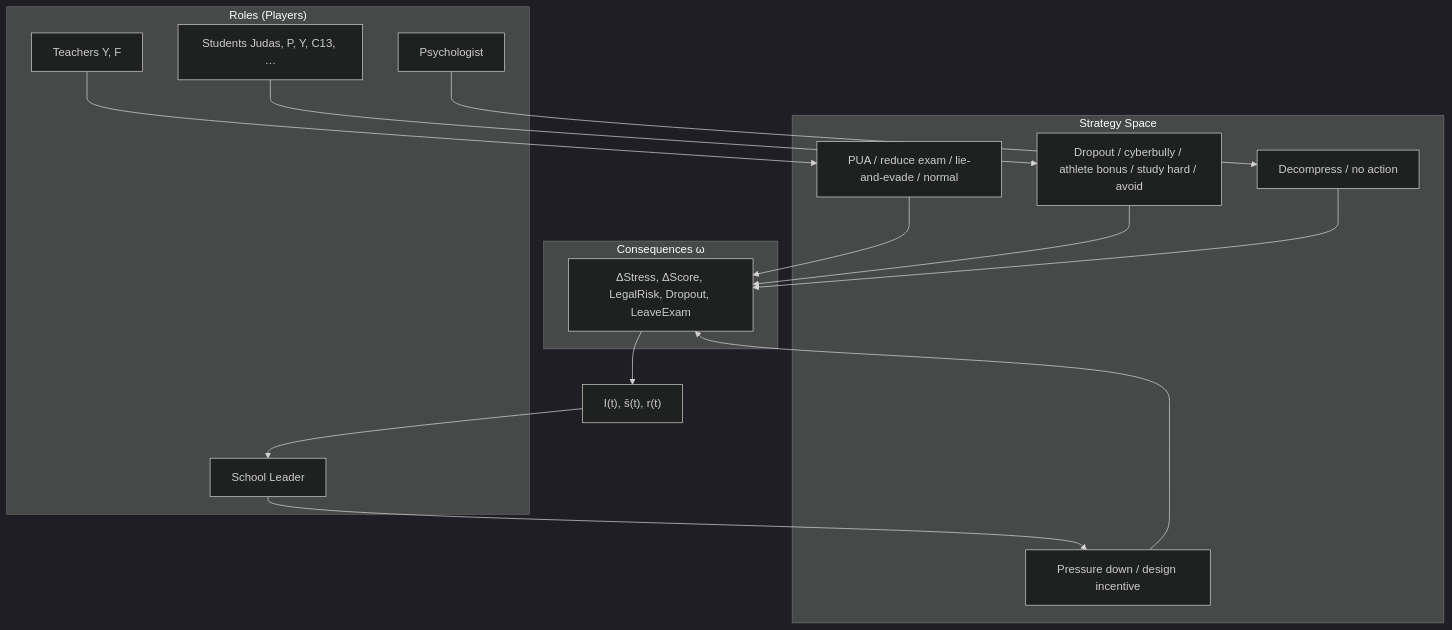
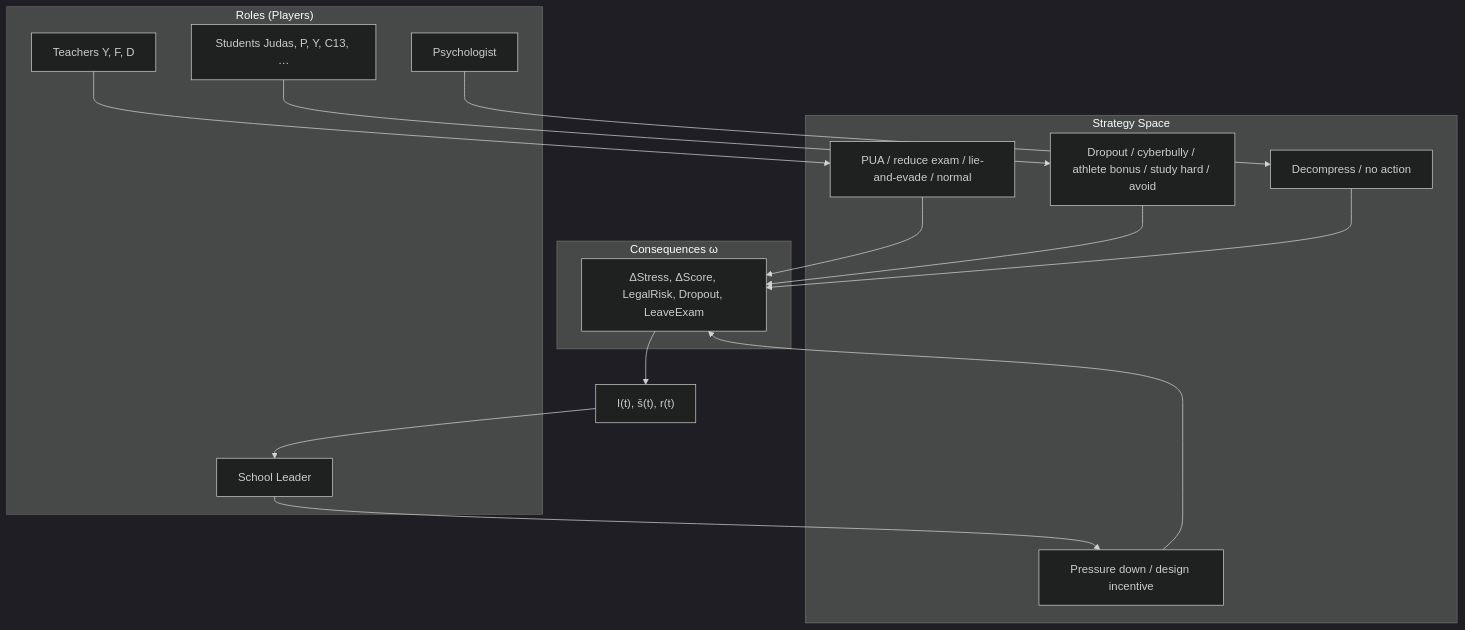
One commit to zeusro/system changed the second of 6 diagrams in function/local/n/china/shantou/readme.md. Above: the diagram before and after it, drawn with Mermaid (dark theme). The commit also changed other lines of this file and 8 other files, not shown here.

````diff
--- a/function/local/n/china/shantou/readme.md
+++ b/function/local/n/china/shantou/readme.md
@@ -128,24 +129,24 @@
 ```mermaid
 flowchart TB
     subgraph roles["Roles (Players)"]
-        T["Teachers Y, F"]
+        T["Teachers Y, F, D"]
         St["Students Judas, P, Y, C13, …"]
         Ps["Psychologist"]
         L["School Leader"]
     end
     subgraph strategies["Strategy Space"]
         T --> T1["PUA / reduce exam / lie-and-evade / normal"]
         St --> S1["Dropout / cyberbully / athlete bonus / study hard / avoid"]
         Ps --> P1["Decompress / no action"]
         L --> L1["Pressure down / design incentive"]
     end
     subgraph consequences["Consequences ω"]
         C["ΔStress, ΔScore, LegalRisk, Dropout, LeaveExam"]
     end
     T1 --> C
     S1 --> C
     P1 --> C
     L1 --> C
     C --> I["I(t), s̄(t), r(t)"]
     I --> L
 ```
````
